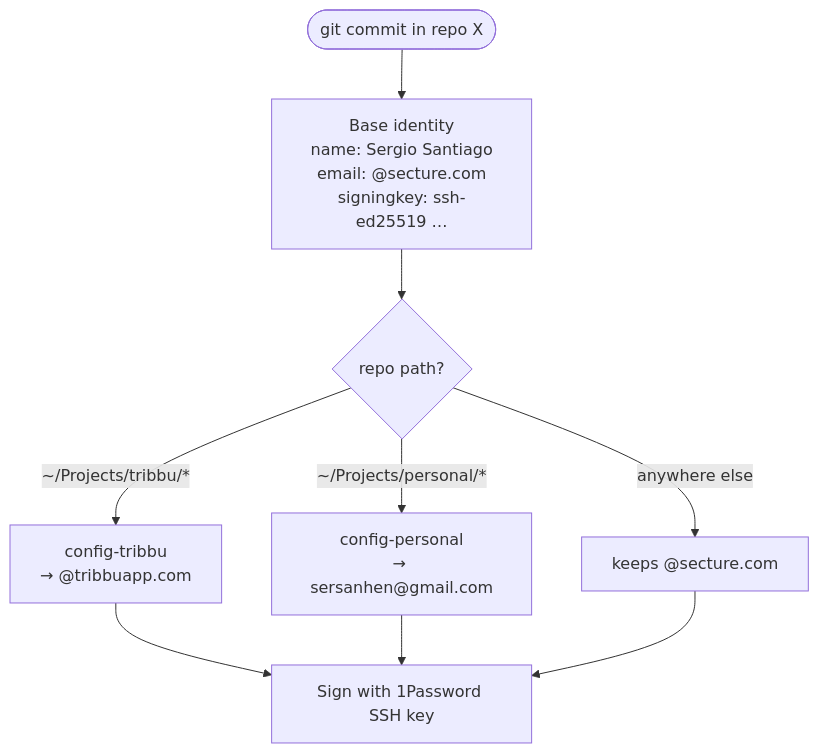
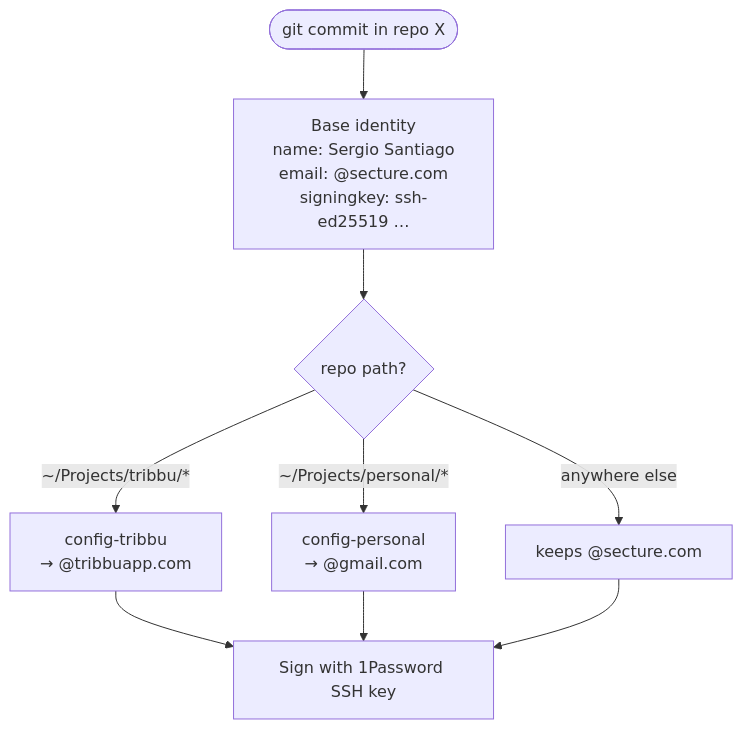
One commit to sergio-santiago/.dotfiles changed the fourth of 4 diagrams in README.md. Above: the diagram before and after it, drawn with Mermaid. The commit also changed other lines of this file, not shown here.

First line of the commit message:
docs(readme): add visual table of contents and redact personal email

````diff
--- a/README.md
+++ b/README.md
@@ -148,11 +171,11 @@
 ```mermaid
 flowchart TD
     start(["git commit in repo X"]) --> base["Base identity<br/>name: Sergio Santiago<br/>email: @secture.com<br/>signingkey: ssh-ed25519 …"]
     base --> q{"repo path?"}
     q -->|"~/Projects/tribbu/*"| t["config-tribbu<br/>→ @tribbuapp.com"]
-    q -->|"~/Projects/personal/*"| p["config-personal<br/>→ sersanhen@gmail.com"]
+    q -->|"~/Projects/personal/*"| p["config-personal<br/>→ @gmail.com"]
     q -->|"anywhere else"| d["keeps @secture.com"]
     t --> sign["Sign with 1Password SSH key"]
     p --> sign
     d --> sign
 ```
````
